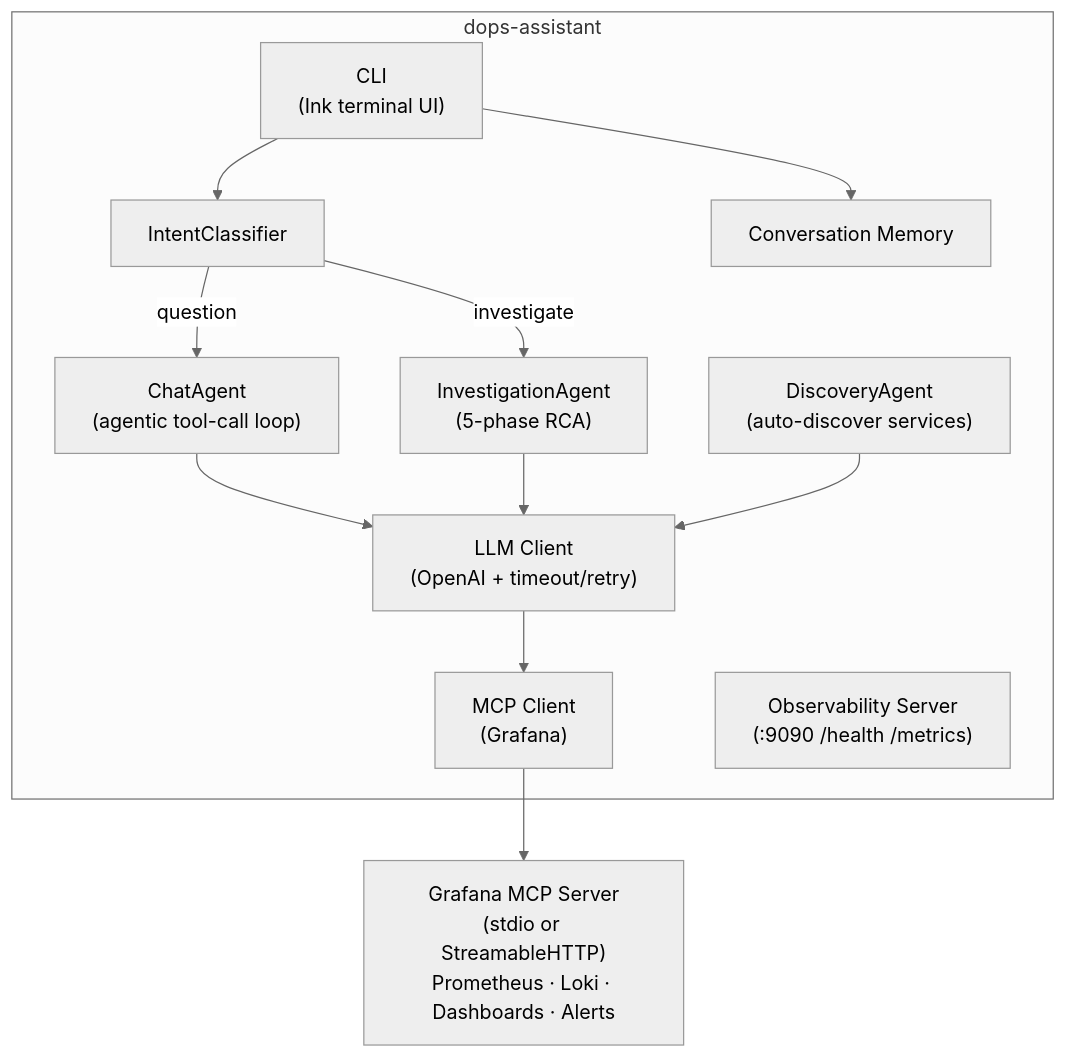
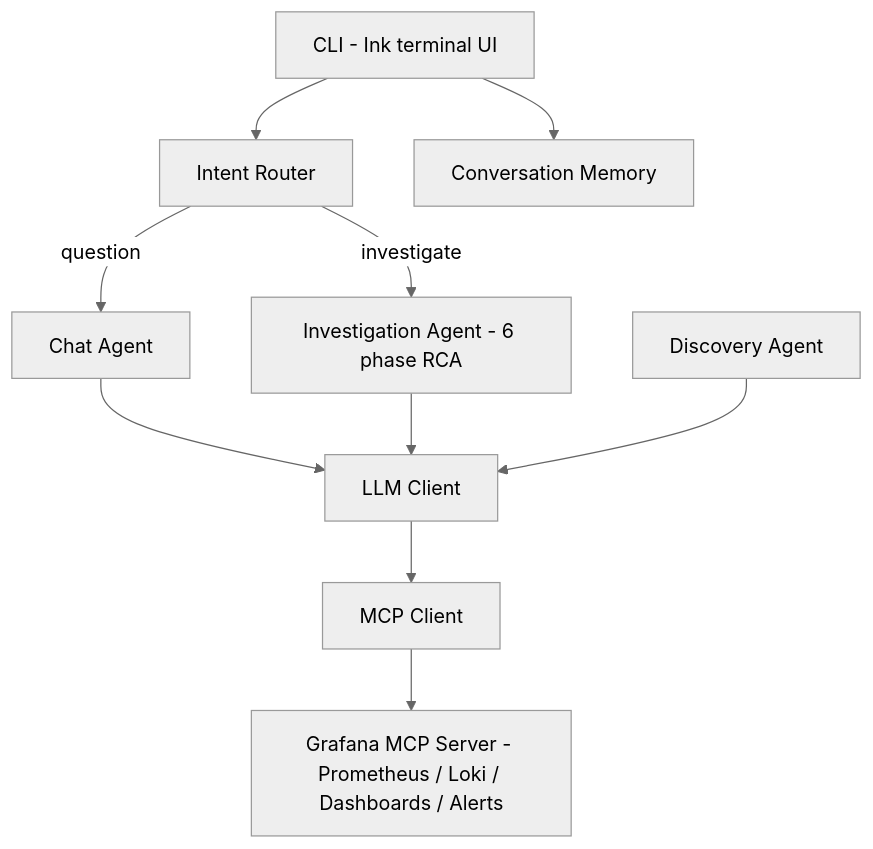
One commit to WZ/dops-assistant changed the first of 2 diagrams in README.md. Above: the diagram before and after it, drawn with Mermaid (neutral theme). The commit also changed other lines of this file and 20 other files, not shown here.

First line of the commit message:
feat: improve investigation agent accuracy, evidence quality, and efficiency

````diff
--- a/README.md
+++ b/README.md
@@ -14,25 +17,12 @@
 ```mermaid
 graph TD
-    subgraph dops-assistant
-        CLI["CLI<br/>(Ink terminal UI)"]
-        IC["IntentClassifier"]
-        CA["ChatAgent<br/>(agentic tool-call loop)"]
-        IA["InvestigationAgent<br/>(5-phase RCA)"]
-        DA["DiscoveryAgent<br/>(auto-discover services)"]
-        LLM["LLM Client<br/>(OpenAI + timeout/retry)"]
-        MCP["MCP Client<br/>(Grafana)"]
-        Obs["Observability Server<br/>(:9090 /health /metrics)"]
-        Mem["Conversation Memory"]
-
-        CLI --> IC
-        IC -- question --> CA
-        IC -- investigate --> IA
-        CA --> LLM
-        IA --> LLM
-        DA --> LLM
-        LLM --> MCP
-        CLI --> Mem
-    end
-
-    MCP --> Grafana["Grafana MCP Server<br/>(stdio or StreamableHTTP)<br/>Prometheus · Loki · Dashboards · Alerts"]
+    CLI[CLI - Ink terminal UI] --> IR[Intent Router]
+    IR -- question --> CA[Chat Agent]
+    IR -- investigate --> IA[Investigation Agent - 6 phase RCA]
+    CA --> LLM[LLM Client]
+    IA --> LLM
+    DA[Discovery Agent] --> LLM
+    LLM --> MCP[MCP Client]
+    CLI --> Mem[Conversation Memory]
+    MCP --> G[Grafana MCP Server - Prometheus / Loki / Dashboards / Alerts]
 ```
````
